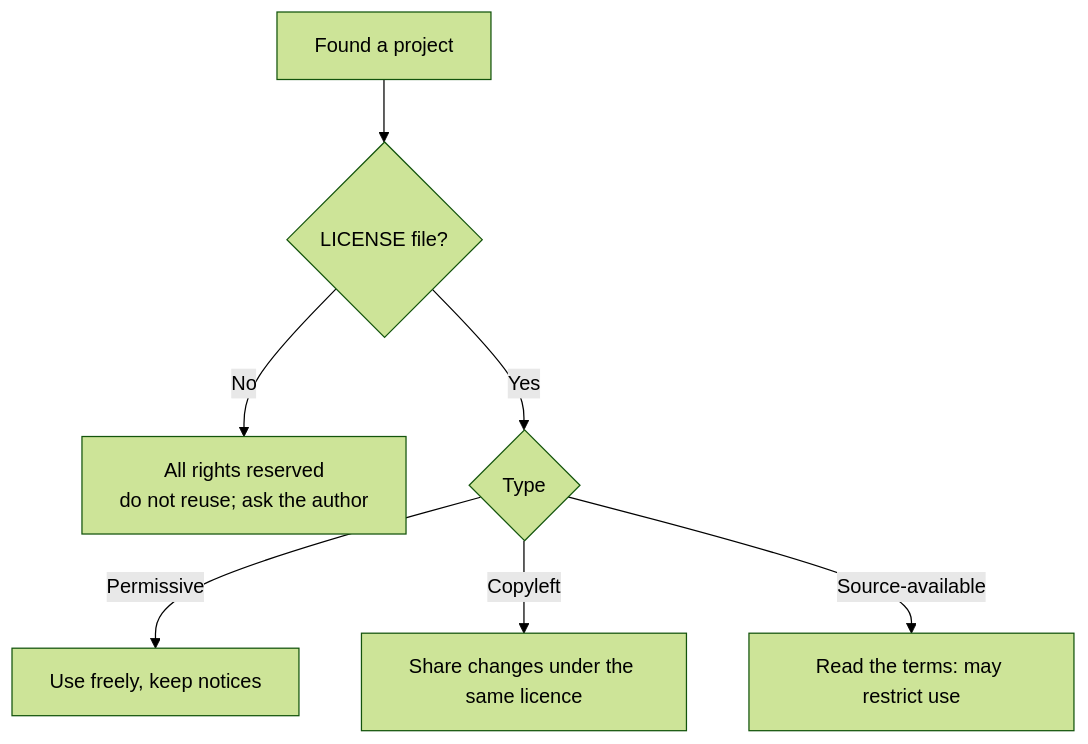
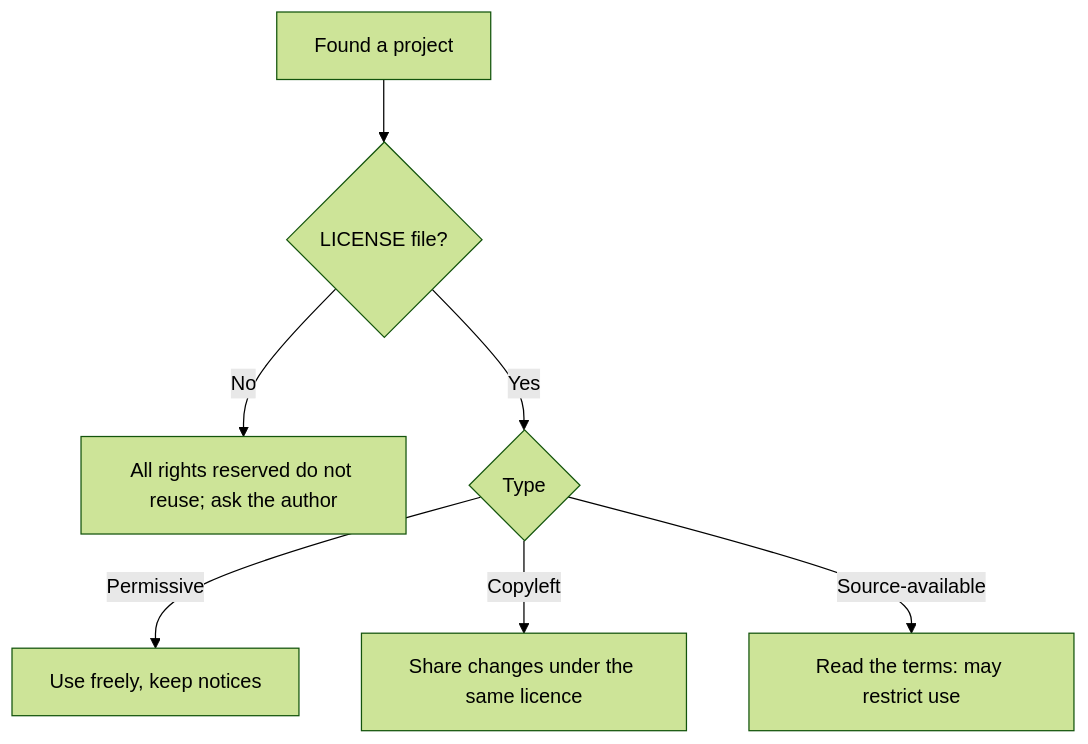
Before and after one commit to sharifndlovu123/knowledge_base_map: the diagram in Collection/03. Programming/15. Open Source/1. Open Source Fundamentals.md, drawn with Mermaid (forest theme). The commit also changed 9 other files, not shown here.

First line of the commit message:
Add diagram viewer; fix line breaks in new diagrams

````diff
--- a/Collection/03. Programming/15. Open Source/1. Open Source Fundamentals.md
+++ b/Collection/03. Programming/15. Open Source/1. Open Source Fundamentals.md
@@ -12,9 +12,9 @@
 ```mermaid
 flowchart TD
     A[Found a project] --> B{LICENSE file?}
-    B -- No --> C[All rights reserved<br/>do not reuse; ask the author]
+    B -- No --> C[All rights reserved do not reuse; ask the author]
     B -- Yes --> D{Type}
     D -- Permissive --> E[Use freely, keep notices]
     D -- Copyleft --> F[Share changes under the same licence]
     D -- Source-available --> G[Read the terms: may restrict use]
 ```
````
